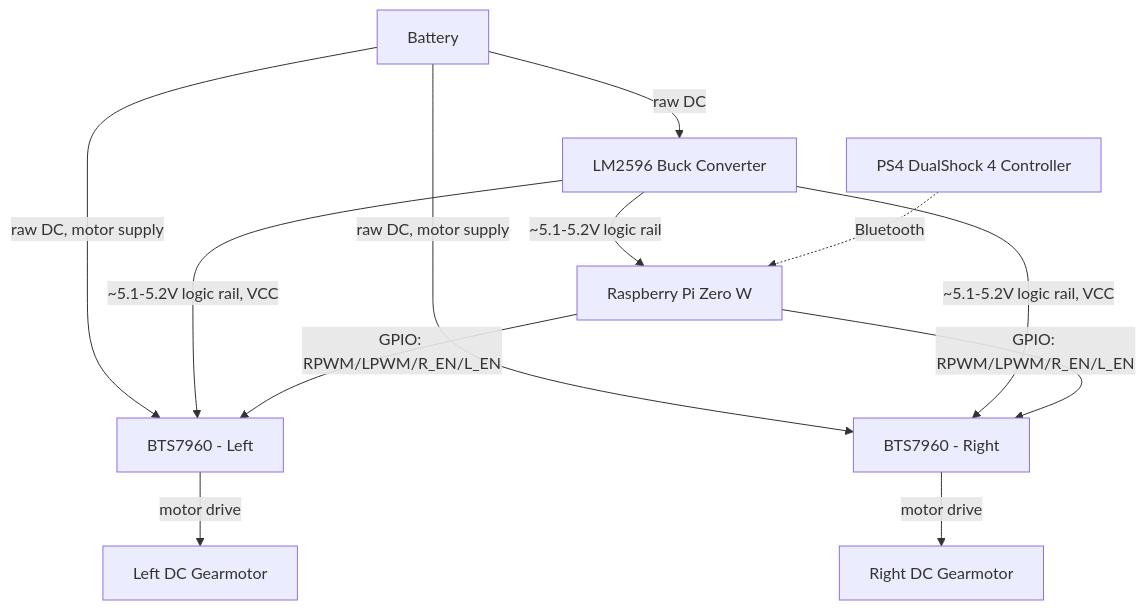
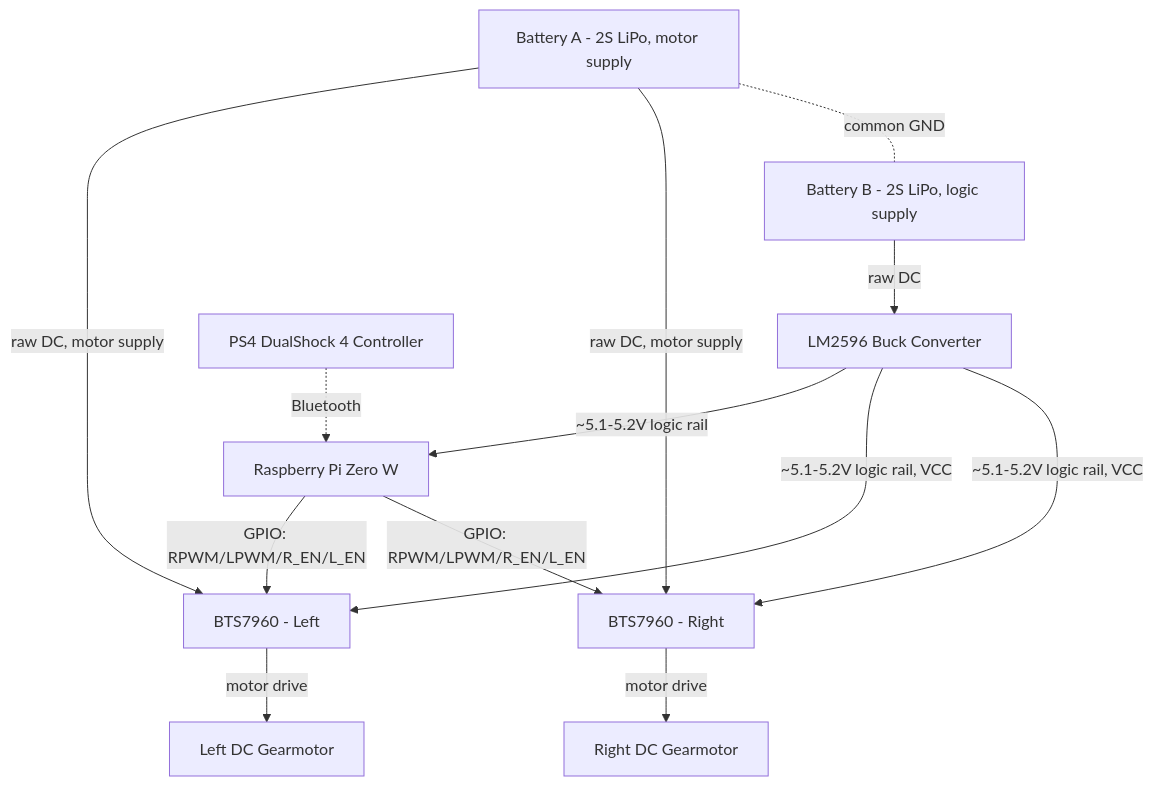
Before and after one commit to Coutinho-Helder/rc_tank: the first of 2 diagrams in readme.md, drawn with Mermaid. The commit also changed other lines of this file, not shown here.

````diff
--- a/readme.md
+++ b/readme.md
@@ -19,14 +19,15 @@
 ```mermaid
 graph TD
-    Battery[Battery] -->|raw DC| Buck[LM2596 Buck Converter]
-    Battery -->|raw DC, motor supply| BTSL[BTS7960 - Left]
-    Battery -->|raw DC, motor supply| BTSR[BTS7960 - Right]
+    BattMotor[Battery A - 2S LiPo, motor supply] -->|raw DC, motor supply| BTSL[BTS7960 - Left]
+    BattMotor -->|raw DC, motor supply| BTSR[BTS7960 - Right]
+    BattLogic[Battery B - 2S LiPo, logic supply] -->|raw DC| Buck[LM2596 Buck Converter]
     Buck -->|~5.1-5.2V logic rail| Pi[Raspberry Pi Zero W]
     Buck -->|~5.1-5.2V logic rail, VCC| BTSL
     Buck -->|~5.1-5.2V logic rail, VCC| BTSR
     Pi -->|GPIO: RPWM/LPWM/R_EN/L_EN| BTSL
     Pi -->|GPIO: RPWM/LPWM/R_EN/L_EN| BTSR
     BTSL -->|motor drive| MotorL[Left DC Gearmotor]
     BTSR -->|motor drive| MotorR[Right DC Gearmotor]
     PS4[PS4 DualShock 4 Controller] -.Bluetooth.-> Pi
+    BattMotor -.common GND.- BattLogic
 ```
````
